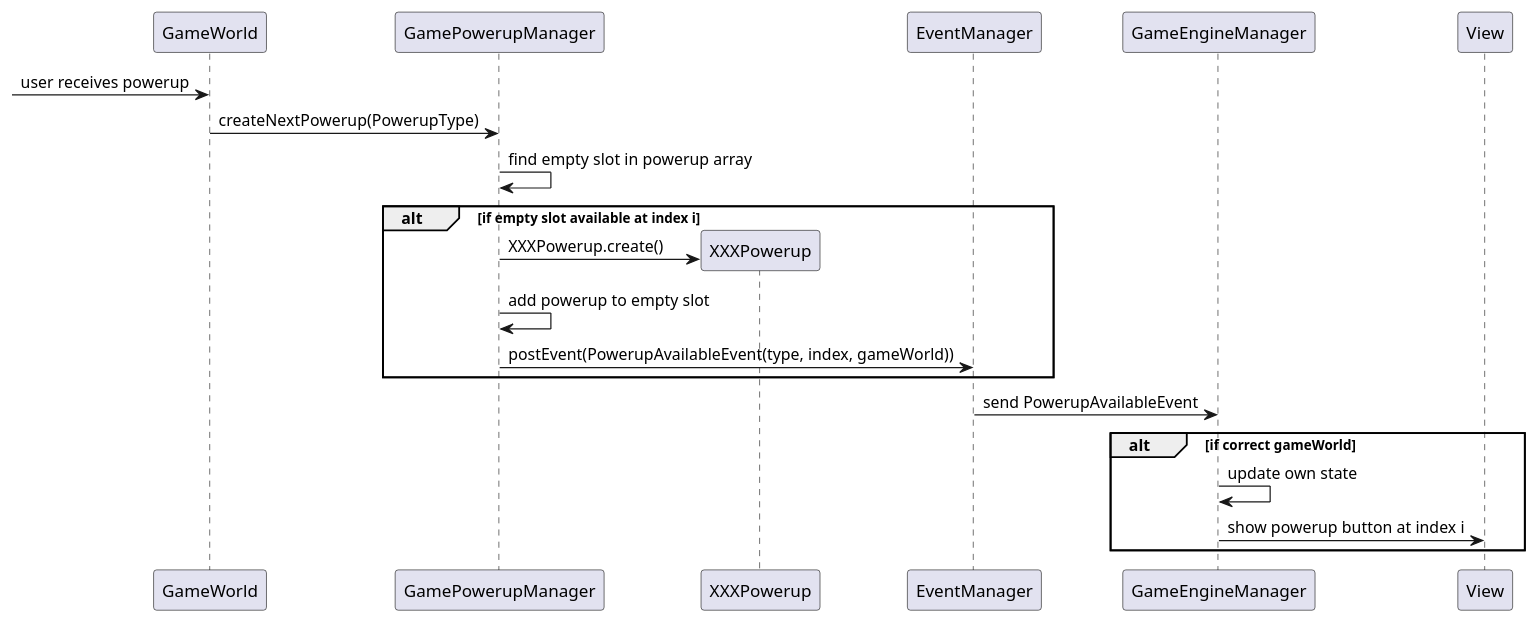
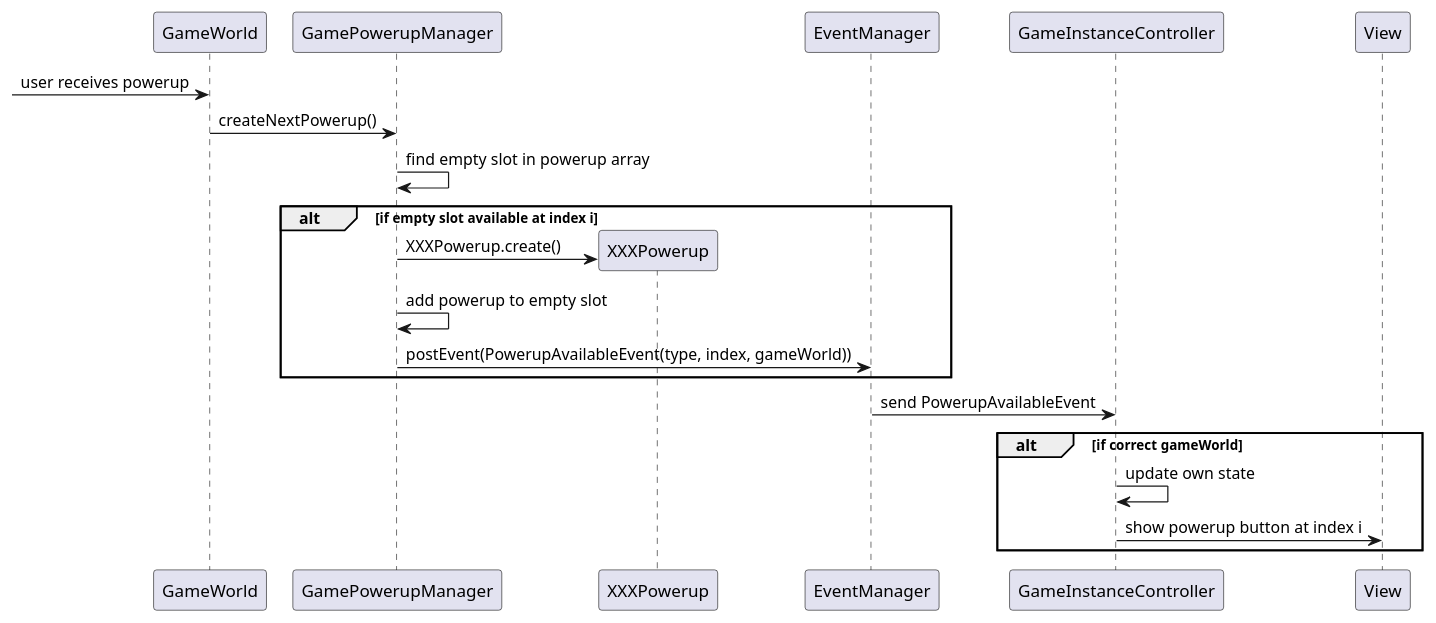
Before and after one commit to tumbling-towers/TumblingTowersGame: the diagram in Docs/Diagrams/PowerupManager/obtaining-powerup.puml, drawn with PlantUML. The commit also changed 5 other files, not shown here.

```diff
--- a/Docs/Diagrams/PowerupManager/obtaining-powerup.puml
+++ b/Docs/Diagrams/PowerupManager/obtaining-powerup.puml
@@ -1,22 +1,22 @@
 @startuml
 create GameWorld
 
 [-> GameWorld: user receives powerup
 
-GameWorld-> GamePowerupManager: createNextPowerup(PowerupType)
+GameWorld-> GamePowerupManager: createNextPowerup()
 
 GamePowerupManager -> GamePowerupManager: find empty slot in powerup array
 
 alt if empty slot available at index i
 create XXXPowerup
 GamePowerupManager-> XXXPowerup: XXXPowerup.create()
 GamePowerupManager -> GamePowerupManager: add powerup to empty slot
 GamePowerupManager -> EventManager: postEvent(PowerupAvailableEvent(type, index, gameWorld))
 end
 
-EventManager -> GameEngineManager: send PowerupAvailableEvent
+EventManager -> GameInstanceController: send PowerupAvailableEvent
 alt if correct gameWorld
-GameEngineManager -> GameEngineManager: update own state
-GameEngineManager -> View: show powerup button at index i
+GameInstanceController -> GameInstanceController: update own state
+GameInstanceController -> View: show powerup button at index i
 end
 @enduml
```
